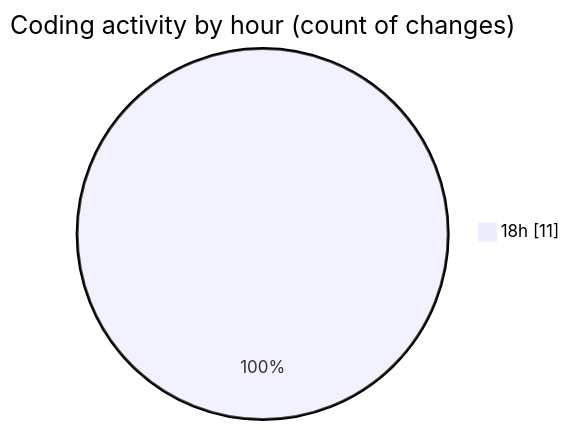
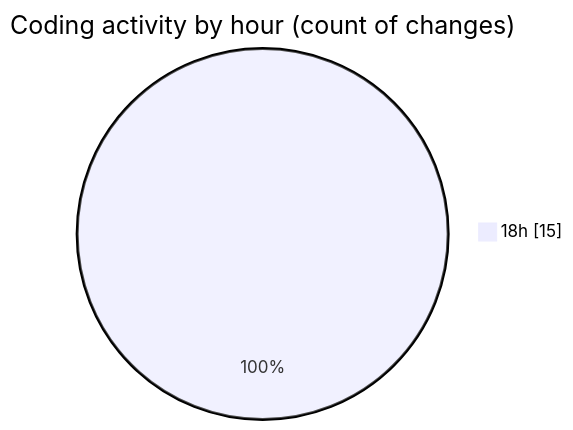
One commit to donsfak/code-tracking changed the second of 2 diagrams in 2025-01-13/trackers_app/README.md. Above: the diagram before and after it, drawn with Mermaid. The commit also changed other lines of this file and 1 other file, not shown here.

````diff
--- a/2025-01-13/trackers_app/README.md
+++ b/2025-01-13/trackers_app/README.md
@@ -29,5 +29,5 @@
 ```mermaid
 pie showData
 title Coding activity by hour (count of changes)
-"18h" : 11
+"18h" : 15
 ```
````
